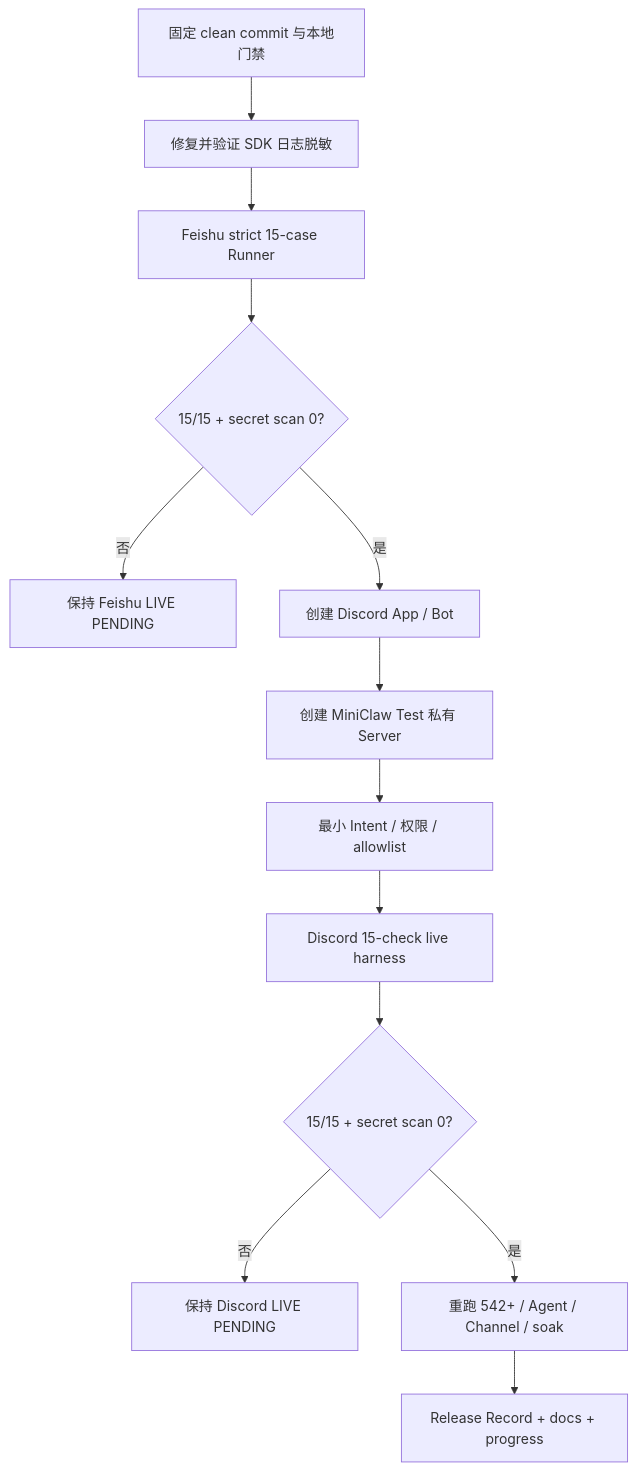
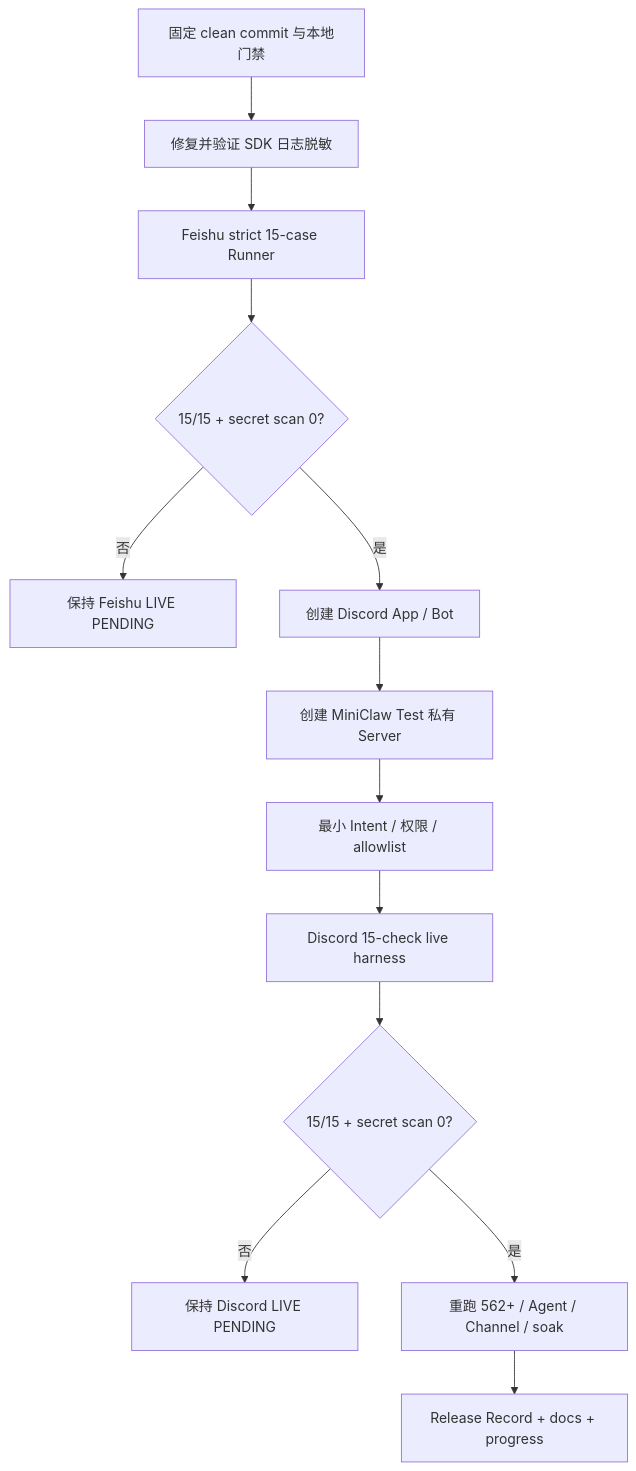
One commit to NEDONION/lobster0 changed the diagram in docs/superpowers/specs/2026-08-09-phase-5-3-feishu-discord-live-gate-design.md. Above: the diagram before and after it, drawn with Mermaid. The commit also changed other lines of this file and 31 other files, not shown here.

````diff
--- a/docs/superpowers/specs/2026-08-09-phase-5-3-feishu-discord-live-gate-design.md
+++ b/docs/superpowers/specs/2026-08-09-phase-5-3-feishu-discord-live-gate-design.md
@@ -120,15 +120,15 @@
 ```mermaid
 flowchart TD
     BASE["固定 clean commit 与本地门禁"] --> SEC["修复并验证 SDK 日志脱敏"]
     SEC --> FS["Feishu strict 15-case Runner"]
     FS --> FSE{"15/15 + secret scan 0?"}
     FSE -->|否| STOP1["保持 Feishu LIVE PENDING"]
     FSE -->|是| APP["创建 Discord App / Bot"]
     APP --> SERVER["创建 MiniClaw Test 私有 Server"]
     SERVER --> CFG["最小 Intent / 权限 / allowlist"]
     CFG --> DC["Discord 15-check live harness"]
     DC --> DCE{"15/15 + secret scan 0?"}
     DCE -->|否| STOP2["保持 Discord LIVE PENDING"]
-    DCE -->|是| GATE["重跑 542+ / Agent / Channel / soak"]
+    DCE -->|是| GATE["重跑 562+ / Agent / Channel / soak"]
     GATE --> DOCS["Release Record + docs + progress"]
 ```
````
